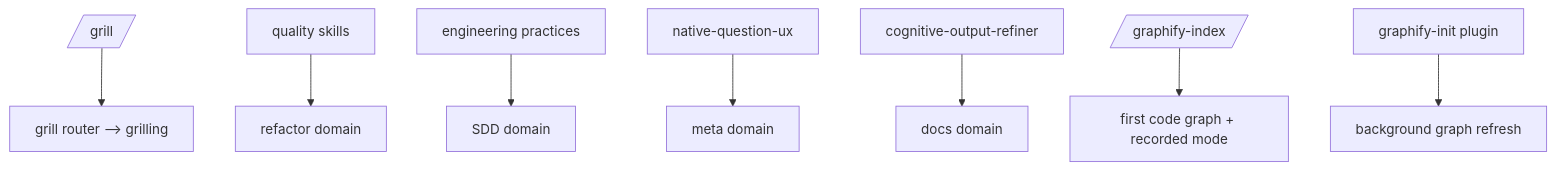
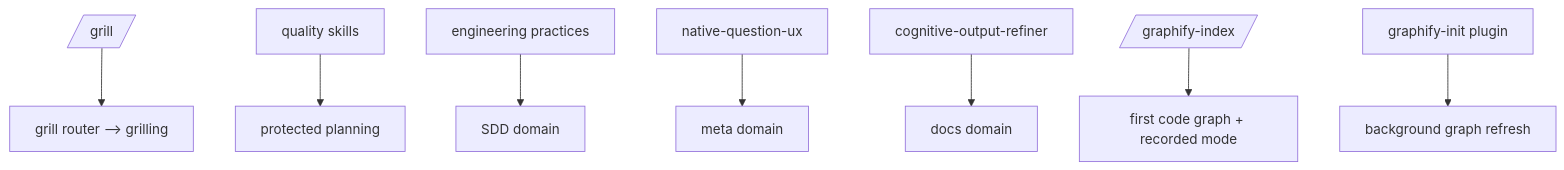
The diagram in domains/common/README.md (andresnator/agents-orchestrator), drawn with Mermaid before and after one commit. The commit also changed other lines of this file and 398 other files, not shown here.

````diff
--- a/domains/common/README.md
+++ b/domains/common/README.md
@@ -44,10 +46,10 @@
 ```mermaid
 graph TD
   grillcmd[/grill/] --> grillskill[grill router --> grilling]
-  quality[quality skills] --> refactor[refactor domain]
+  quality[quality skills] --> plan[protected planning]
   practices[engineering practices] --> sdd[SDD domain]
   native[native-question-ux] --> meta[meta domain]
   output[cognitive-output-refiner] --> docs[docs domain]
   graphifycmd[/graphify-index/] --> index[first code graph + recorded mode]
   graphify[graphify-init plugin] --> refresh[background graph refresh]
 ```
````
